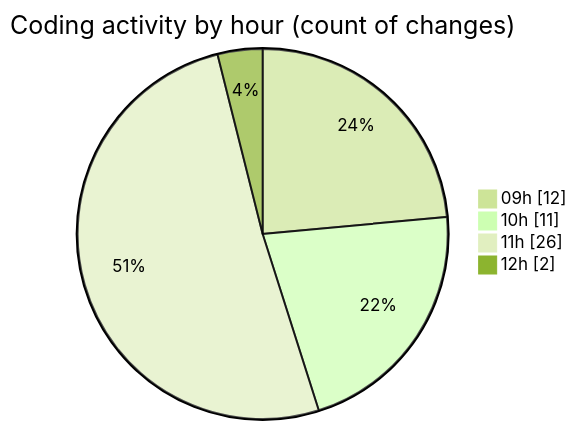
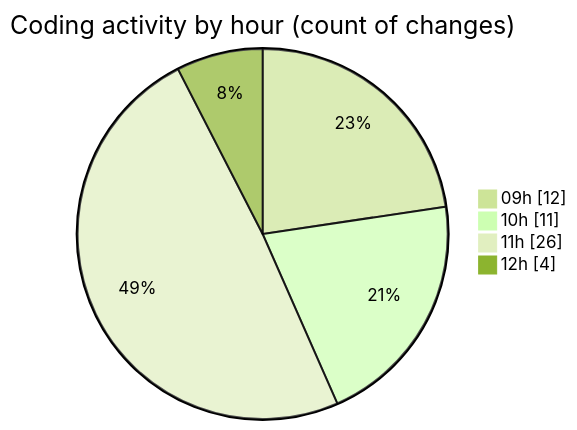
The second of 2 diagrams in 2025-09-26/cda/README.md (momahboobian/code-tracking), drawn with Mermaid (forest theme) before and after one commit. The commit also changed other lines of this file and 1 other file, not shown here.

````diff
--- a/2025-09-26/cda/README.md
+++ b/2025-09-26/cda/README.md
@@ -35,8 +37,8 @@
 ```mermaid
 pie showData
 title Coding activity by hour (count of changes)
 "09h" : 12
 "10h" : 11
 "11h" : 26
-"12h" : 2
+"12h" : 4
 ```
````
